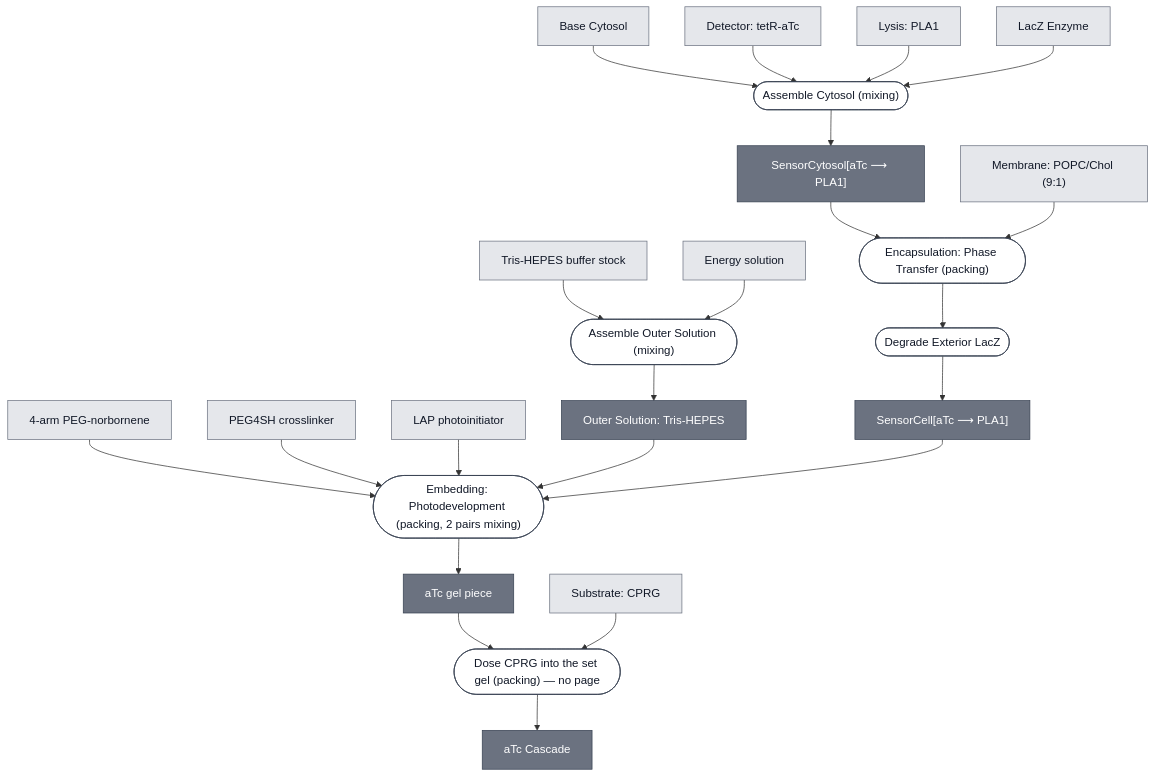
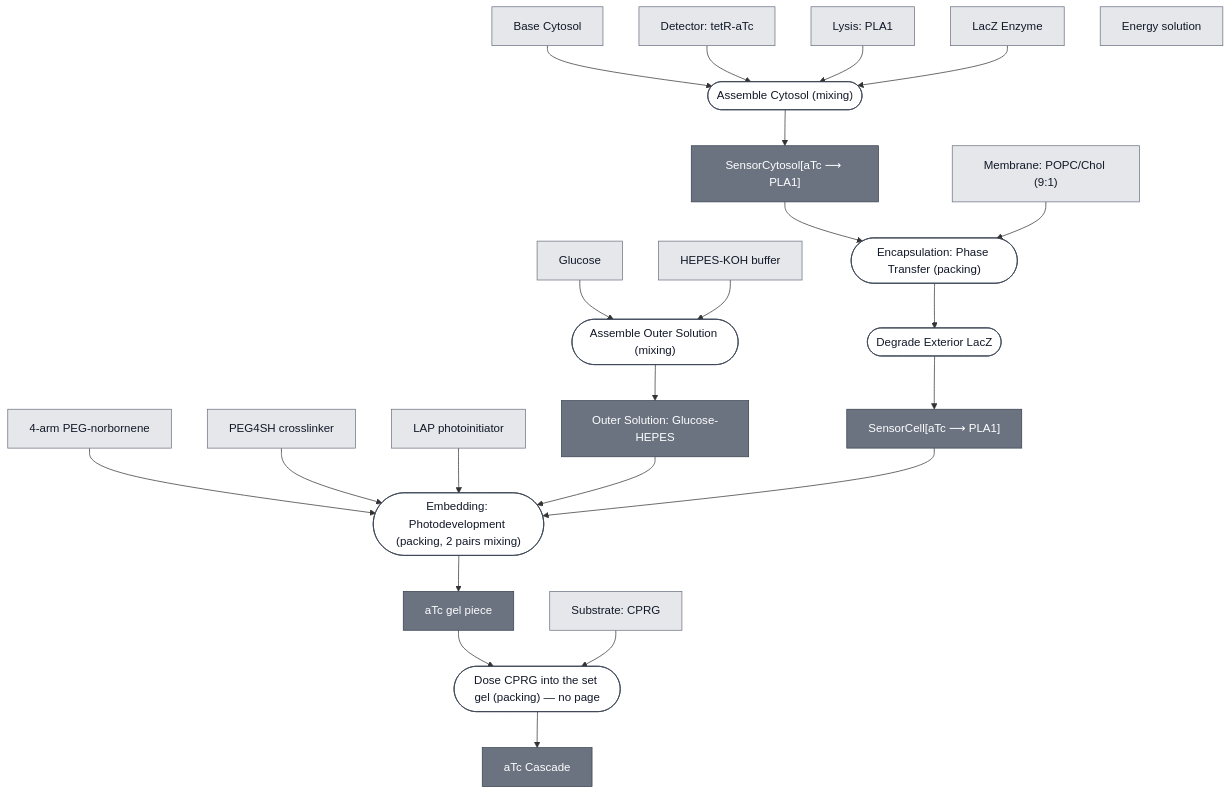
Before and after one commit to nucleus-eng/nucleus-docs: the diagram in docs/modules/atc-cascade/spec.md, drawn with Mermaid. The commit also changed 9 other files, not shown here.

````diff
--- a/docs/modules/atc-cascade/spec.md
+++ b/docs/modules/atc-cascade/spec.md
@@ -34,77 +34,78 @@
 ```mermaid
 flowchart TD
     BASE_CYTOSOL["Base Cytosol"]
     DETECTOR_TETR_ATC["Detector: tetR-aTc"]
     EFFECTOR_PLA1["Lysis: PLA1"]
     REPORTER_LACZ_ENZYME["LacZ Enzyme"]
     MEMBRANE_CHICAGO["Membrane: POPC/Chol (9:1)"]
     SUBSTRATE_CPRG["Substrate: CPRG"]
-    TRIS_HEPES_STOCK["Tris-HEPES buffer stock"]
+    GLUCOSE["Glucose"]
+    HEPES_KOH["HEPES-KOH buffer"]
     ENERGY_SOLUTION["Energy solution"]
     PEG_NORBORNENE_MONOMER["4-arm PEG-norbornene"]
     PEG4SH["PEG4SH crosslinker"]
     LAP["LAP photoinitiator"]
 
     P1_ASSEMBLE_OUTER_SOLUTION_0(["Assemble Outer Solution (mixing)"])
-    OUTER_SOLUTION_TRIS_HEPES["Outer Solution: Tris-HEPES"]
+    OUTER_SOLUTION_GLUCOSE_HEPES["Outer Solution: Glucose-HEPES"]
     P2_ASSEMBLE_CYTOSOL_0(["Assemble Cytosol (mixing)"])
     ATC_SENSOR_CYTOSOL["SensorCytosol[aTc ⟶ PLA1]"]
     P3_ENCAPSULATE_0(["Encapsulation: Phase Transfer (packing)"])
     P3_ENCAPSULATE_1(["Degrade Exterior LacZ"])
     ATC_SENSING_CELL["SensorCell[aTc ⟶ PLA1]"]
     P4_EMBED_PHOTODEVELOPMENT_0(["Embedding: Photodevelopment (packing, 2 pairs mixing)"])
     ATC_GEL["aTc gel piece"]
     P5_DOSE_CPRG_0(["Dose CPRG into the set gel (packing) — no page"])
     ATC_CASCADE["aTc Cascade"]
 
-    TRIS_HEPES_STOCK --> P1_ASSEMBLE_OUTER_SOLUTION_0
-    ENERGY_SOLUTION --> P1_ASSEMBLE_OUTER_SOLUTION_0
-    P1_ASSEMBLE_OUTER_SOLUTION_0 --> OUTER_SOLUTION_TRIS_HEPES
+    GLUCOSE --> P1_ASSEMBLE_OUTER_SOLUTION_0
+    HEPES_KOH --> P1_ASSEMBLE_OUTER_SOLUTION_0
+    P1_ASSEMBLE_OUTER_SOLUTION_0 --> OUTER_SOLUTION_GLUCOSE_HEPES
 
     BASE_CYTOSOL --> P2_ASSEMBLE_CYTOSOL_0
     DETECTOR_TETR_ATC --> P2_ASSEMBLE_CYTOSOL_0
     EFFECTOR_PLA1 --> P2_ASSEMBLE_CYTOSOL_0
     REPORTER_LACZ_ENZYME --> P2_ASSEMBLE_CYTOSOL_0
     P2_ASSEMBLE_CYTOSOL_0 --> ATC_SENSOR_CYTOSOL
 
     ATC_SENSOR_CYTOSOL --> P3_ENCAPSULATE_0
     MEMBRANE_CHICAGO --> P3_ENCAPSULATE_0
     P3_ENCAPSULATE_0 --> P3_ENCAPSULATE_1
     P3_ENCAPSULATE_1 --> ATC_SENSING_CELL
 
     PEG_NORBORNENE_MONOMER --> P4_EMBED_PHOTODEVELOPMENT_0
     PEG4SH --> P4_EMBED_PHOTODEVELOPMENT_0
     LAP --> P4_EMBED_PHOTODEVELOPMENT_0
-    OUTER_SOLUTION_TRIS_HEPES --> P4_EMBED_PHOTODEVELOPMENT_0
+    OUTER_SOLUTION_GLUCOSE_HEPES --> P4_EMBED_PHOTODEVELOPMENT_0
     ATC_SENSING_CELL --> P4_EMBED_PHOTODEVELOPMENT_0
     P4_EMBED_PHOTODEVELOPMENT_0 --> ATC_GEL
 
     ATC_GEL --> P5_DOSE_CPRG_0
     SUBSTRATE_CPRG --> P5_DOSE_CPRG_0
     P5_DOSE_CPRG_0 --> ATC_CASCADE
 
 
     classDef leaf     fill:#e5e7eb,stroke:#6b7280,color:#111827;
     classDef composed fill:#6b7280,stroke:#374151,color:#ffffff;
     classDef process  fill:#ffffff,stroke:#374151,color:#111827;
-    class BASE_CYTOSOL,DETECTOR_TETR_ATC,EFFECTOR_PLA1,REPORTER_LACZ_ENZYME,MEMBRANE_CHICAGO,SUBSTRATE_CPRG,TRIS_HEPES_STOCK,ENERGY_SOLUTION,PEG_NORBORNENE_MONOMER,PEG4SH,LAP leaf;
-    class OUTER_SOLUTION_TRIS_HEPES,ATC_SENSOR_CYTOSOL,ATC_SENSING_CELL,ATC_GEL,ATC_CASCADE composed;
+    class BASE_CYTOSOL,DETECTOR_TETR_ATC,EFFECTOR_PLA1,REPORTER_LACZ_ENZYME,MEMBRANE_CHICAGO,SUBSTRATE_CPRG,GLUCOSE,HEPES_KOH,ENERGY_SOLUTION,PEG_NORBORNENE_MONOMER,PEG4SH,LAP leaf;
+    class OUTER_SOLUTION_GLUCOSE_HEPES,ATC_SENSOR_CYTOSOL,ATC_SENSING_CELL,ATC_GEL,ATC_CASCADE composed;
     class P1_ASSEMBLE_OUTER_SOLUTION_0,P2_ASSEMBLE_CYTOSOL_0,P3_ENCAPSULATE_0,P3_ENCAPSULATE_1,P4_EMBED_PHOTODEVELOPMENT_0,P5_DOSE_CPRG_0 process;
 
     click BASE_CYTOSOL "/docs/modules/base-cytosol/spec"
     click DETECTOR_TETR_ATC "/docs/modules/detector-tetr-atc/spec"
     click EFFECTOR_PLA1 "/docs/modules/effector-pla1/spec"
     click REPORTER_LACZ_ENZYME "/docs/modules/reporter-lacz-enzyme/spec"
     click MEMBRANE_CHICAGO "/docs/modules/membrane-popc-chol-9-1/spec"
     click SUBSTRATE_CPRG "/docs/modules/substrate-cprg/spec"
     click PEG_NORBORNENE_MONOMER "/docs/modules/gel-peg-norbornene/spec"
     click P1_ASSEMBLE_OUTER_SOLUTION_0 "/docs/processes/assemble-outer-solution/main"
-    click OUTER_SOLUTION_TRIS_HEPES "/docs/modules/outer-solution-tris-hepes/spec"
+    click OUTER_SOLUTION_GLUCOSE_HEPES "/docs/modules/outer-solution-glucose-hepes/spec"
     click P2_ASSEMBLE_CYTOSOL_0 "/docs/processes/assemble-cytosol/assemble-cytosol-main"
     click ATC_SENSOR_CYTOSOL "/docs/modules/atc-sensor-cytosol/spec"
     click P3_ENCAPSULATE_0 "/docs/processes/assemble-base-cell/main"
     click P3_ENCAPSULATE_1 "/docs/processes/degrade-exterior-lacz/main"
     click ATC_SENSING_CELL "/docs/modules/atc-sensing-cell/spec"
     click P4_EMBED_PHOTODEVELOPMENT_0 "/docs/processes/embed-photodevelopment/main"
     click ATC_CASCADE "/docs/modules/atc-cascade/spec"
 ```
````
